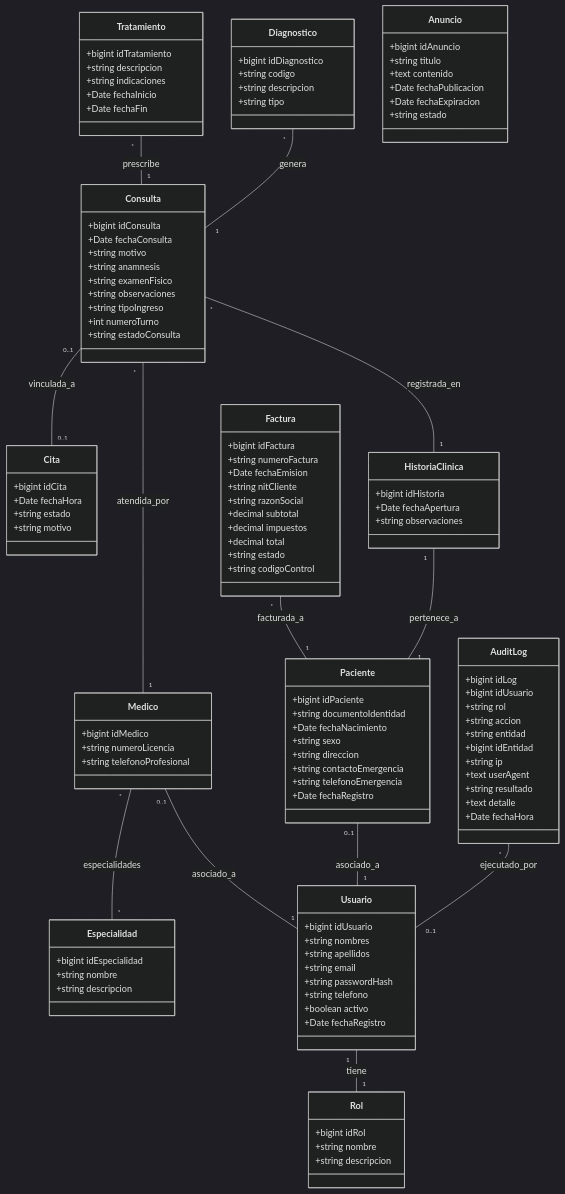
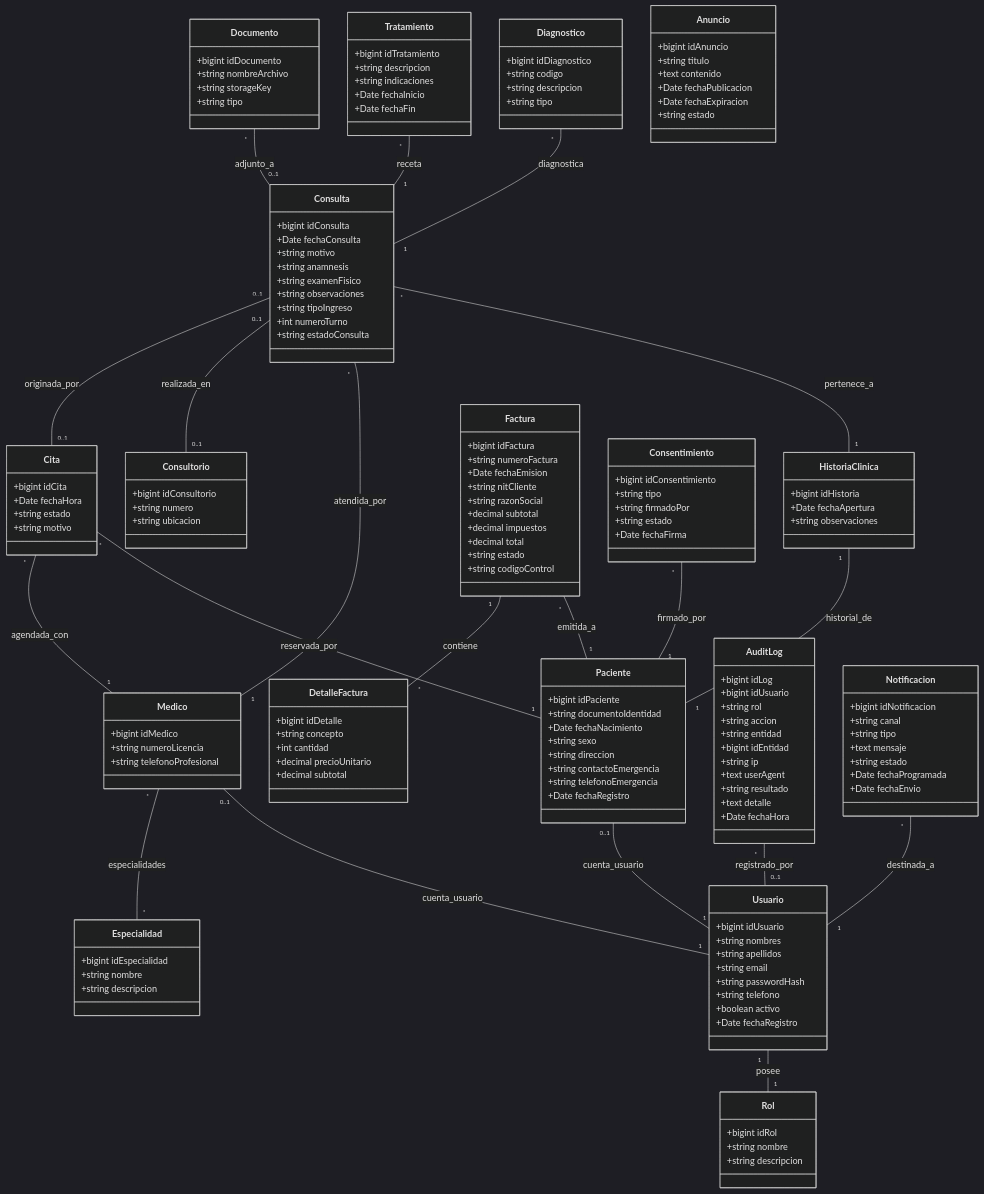
Before and after one commit to royalarcon-source/Medicalsys: the second of 3 diagrams in docs/Sprints/5/Andres/diagramas_arquitectura.md, drawn with Mermaid (dark theme). The commit also changed other lines of this file and 2 other files, not shown here.

Commit message:
diagramas

````diff
--- a/docs/Sprints/5/Andres/diagramas_arquitectura.md
+++ b/docs/Sprints/5/Andres/diagramas_arquitectura.md
@@ -174,6 +207,12 @@
         +string motivo
     }
 
+    class Consultorio {
+        +bigint idConsultorio
+        +string numero
+        +string ubicacion
+    }
+
     class Factura {
         +bigint idFactura
         +string numeroFactura
@@ -185,6 +224,29 @@
         +decimal total
         +string estado
         +string codigoControl
+    }
+
+    class DetalleFactura {
+        +bigint idDetalle
+        +string concepto
+        +int cantidad
+        +decimal precioUnitario
+        +decimal subtotal
+    }
+
+    class Consentimiento {
+        +bigint idConsentimiento
+        +string tipo
+        +string firmadoPor
+        +string estado
+        +Date fechaFirma
+    }
+
+    class Documento {
+        +bigint idDocumento
+        +string nombreArchivo
+        +string storageKey
+        +string tipo
     }
 
     class AuditLog {
@@ -210,16 +272,33 @@
         +string estado
     }
 
-    Usuario "1" -- "1" Rol : tiene
-    Paciente "0..1" -- "1" Usuario : asociado_a
-    Medico "0..1" -- "1" Usuario : asociado_a
+    class Notificacion {
+        +bigint idNotificacion
+        +string canal
+        +string tipo
+        +text mensaje
+        +string estado
+        +Date fechaProgramada
+        +Date fechaEnvio
+    }
+
+    Usuario "1" -- "1" Rol : posee
+    Paciente "0..1" -- "1" Usuario : cuenta_usuario
+    Medico "0..1" -- "1" Usuario : cuenta_usuario
     Medico "*" -- "*" Especialidad : especialidades
-    HistoriaClinica "1" -- "1" Paciente : pertenece_a
-    Consulta "*" -- "1" HistoriaClinica : registrada_en
+    HistoriaClinica "1" -- "1" Paciente : historial_de
+    Consulta "*" -- "1" HistoriaClinica : pertenece_a
     Consulta "*" -- "1" Medico : atendida_por
-    Consulta "0..1" -- "0..1" Cita : vinculada_a
-    Diagnostico "*" -- "1" Consulta : genera
-    Tratamiento "*" -- "1" Consulta : prescribe
-    Factura "*" -- "1" Paciente : facturada_a
-    AuditLog "*" -- "0..1" Usuario : ejecutado_por
+    Consulta "0..1" -- "0..1" Consultorio : realizada_en
+    Consulta "0..1" -- "0..1" Cita : originada_por
+    Diagnostico "*" -- "1" Consulta : diagnostica
+    Tratamiento "*" -- "1" Consulta : receta
+    Cita "*" -- "1" Paciente : reservada_por
+    Cita "*" -- "1" Medico : agendada_con
+    Consentimiento "*" -- "1" Paciente : firmado_por
+    Documento "*" -- "0..1" Consulta : adjunto_a
+    Factura "*" -- "1" Paciente : emitida_a
+    Factura "1" -- "*" DetalleFactura : contiene
+    Notificacion "*" -- "1" Usuario : destinada_a
+    AuditLog "*" -- "0..1" Usuario : registrado_por
 ```
````
